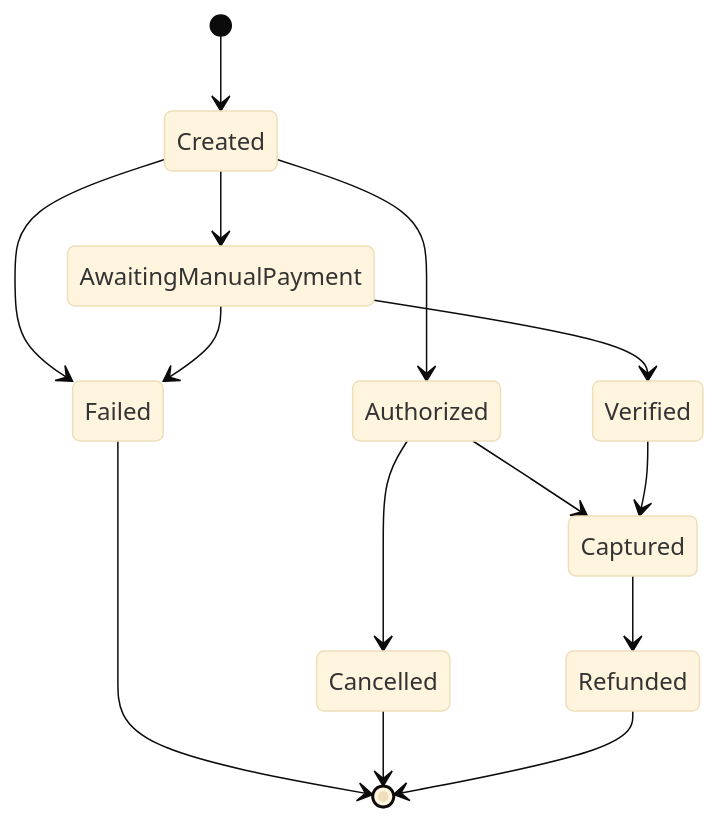
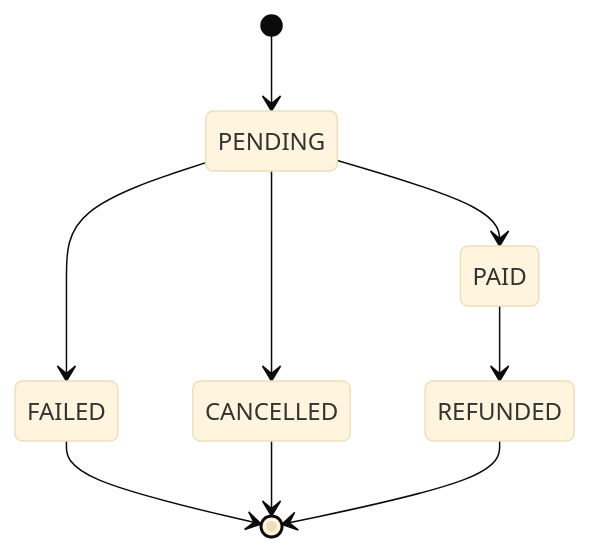
Before and after one commit to hamdanahmadkhan101-tech/khan-familia-platform: the diagram in docs/domain/payment-domain.md, drawn with Mermaid (base theme). The commit also changed other lines of this file and 10 other files, not shown here.

Commit message:
docs: sync domain/database docs to current Prisma schema

````diff
--- a/docs/domain/payment-domain.md
+++ b/docs/domain/payment-domain.md
@@ -25,16 +25,11 @@
 ```mermaid
 stateDiagram-v2
-  [*] --> Created
-  Created --> Authorized
-  Created --> AwaitingManualPayment
-  Created --> Failed
-  Authorized --> Captured
-  Authorized --> Cancelled
-  AwaitingManualPayment --> Verified
-  AwaitingManualPayment --> Failed
-  Verified --> Captured
-  Captured --> Refunded
-  Failed --> [*]
-  Cancelled --> [*]
-  Refunded --> [*]
+  [*] --> PENDING
+  PENDING --> PAID
+  PENDING --> FAILED
+  PENDING --> CANCELLED
+  PAID --> REFUNDED
+  FAILED --> [*]
+  CANCELLED --> [*]
+  REFUNDED --> [*]
 ```
````
